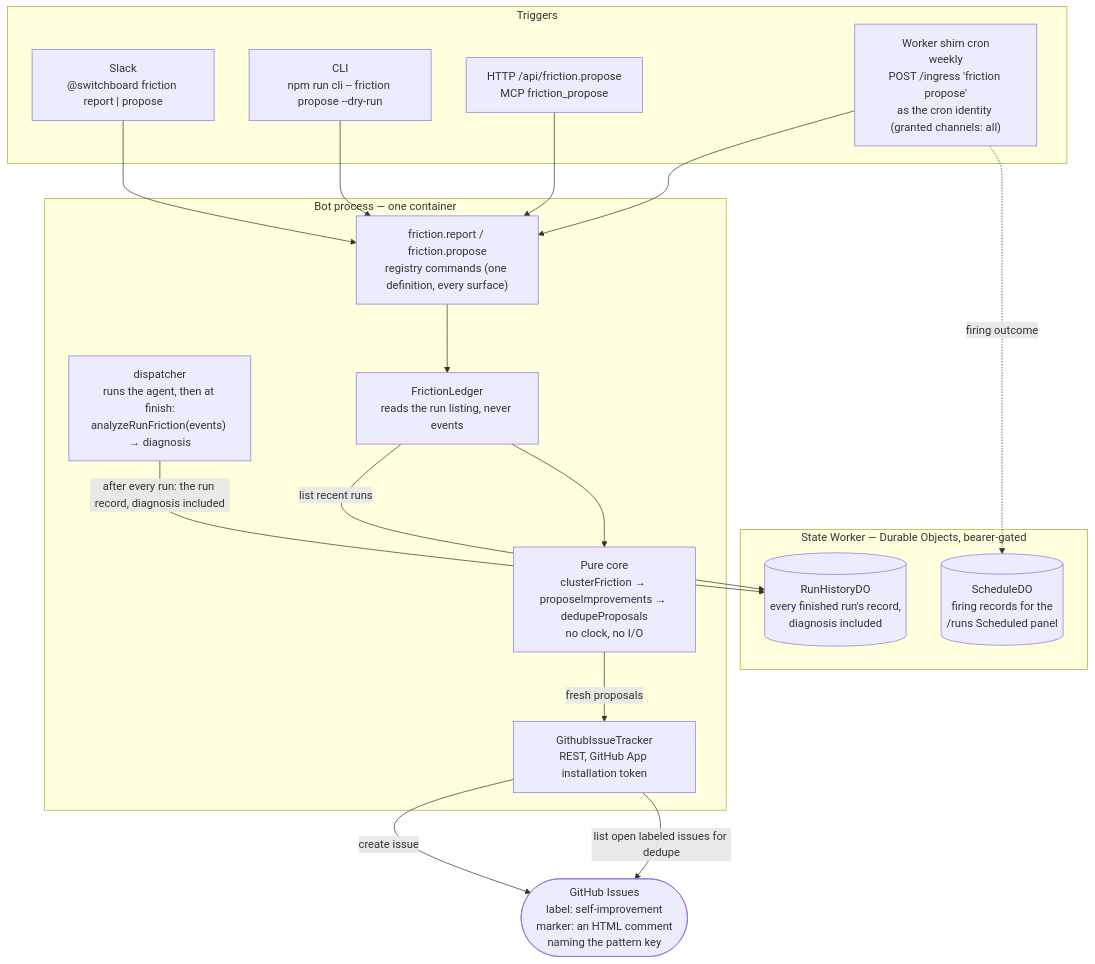
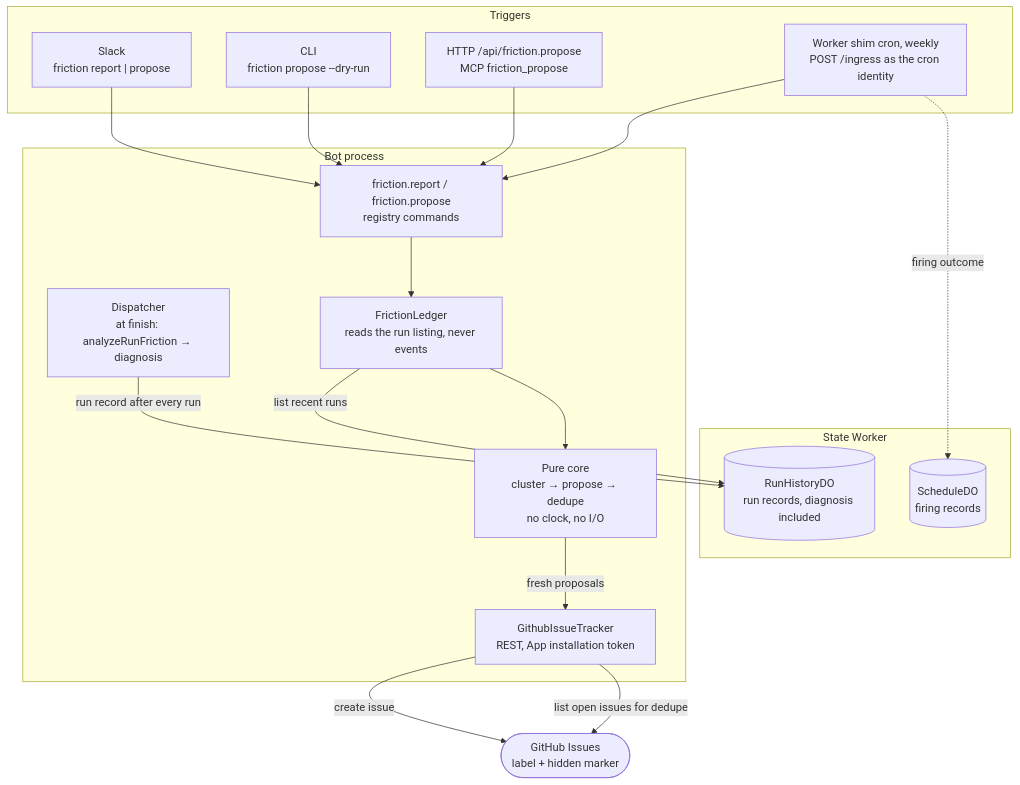
The second of 4 diagrams in docs/explanation/how-switchboard-improves-itself.md (coreplanelabs/switchboard), drawn with Mermaid before and after one commit. The commit also changed other lines of this file and 13 other files, not shown here.

````diff
--- a/docs/explanation/how-switchboard-improves-itself.md
+++ b/docs/explanation/how-switchboard-improves-itself.md
@@ -31,33 +29,33 @@
 ```mermaid
 flowchart TB
     subgraph triggers ["Triggers"]
-        SLACK["Slack<br/>@switchboard friction report | propose"]
-        CLI["CLI<br/>npm run cli -- friction propose --dry-run"]
+        SLACK["Slack<br/>friction report | propose"]
+        CLI["CLI<br/>friction propose --dry-run"]
         API["HTTP /api/friction.propose<br/>MCP friction_propose"]
-        CRON["Worker shim cron<br/>weekly<br/>POST /ingress 'friction propose'<br/>as the cron identity (granted channels: all)"]
+        CRON["Worker shim cron, weekly<br/>POST /ingress as the cron identity"]
     end
 
-    subgraph bot ["Bot process — one container"]
-        DISP["dispatcher<br/>runs the agent, then at finish:<br/>analyzeRunFriction(events) → diagnosis"]
+    subgraph bot ["Bot process"]
+        DISP["Dispatcher<br/>at finish: analyzeRunFriction → diagnosis"]
         LEDGER["FrictionLedger<br/>reads the run listing, never events"]
-        CMD["friction.report / friction.propose<br/>registry commands (one definition, every surface)"]
-        PURE["Pure core<br/>clusterFriction → proposeImprovements → dedupeProposals<br/>no clock, no I/O"]
-        TRACKER["GithubIssueTracker<br/>REST, GitHub App installation token"]
+        CMD["friction.report / friction.propose<br/>registry commands"]
+        PURE["Pure core<br/>cluster → propose → dedupe<br/>no clock, no I/O"]
+        TRACKER["GithubIssueTracker<br/>REST, App installation token"]
     end
 
-    subgraph state ["State Worker — Durable Objects, bearer-gated"]
-        HDO[("RunHistoryDO<br/>every finished run's record,<br/>diagnosis included")]
-        SDO[("ScheduleDO<br/>firing records for the<br/>/runs Scheduled panel")]
+    subgraph state ["State Worker"]
+        HDO[("RunHistoryDO<br/>run records, diagnosis included")]
+        SDO[("ScheduleDO<br/>firing records")]
     end
 
-    GH(["GitHub Issues<br/>label: self-improvement<br/>marker: an HTML comment<br/>naming the pattern key"])
+    GH(["GitHub Issues<br/>label + hidden marker"])
 
     SLACK & CLI & API & CRON --> CMD
-    DISP -->|"after every run: the run record, diagnosis included"| HDO
+    DISP -->|"run record after every run"| HDO
     CMD --> LEDGER
     LEDGER -->|"list recent runs"| HDO
     LEDGER --> PURE
     PURE -->|"fresh proposals"| TRACKER -->|"create issue"| GH
-    TRACKER -->|"list open labeled issues for dedupe"| GH
+    TRACKER -->|"list open issues for dedupe"| GH
     CRON -.->|"firing outcome"| SDO
 ```
````
